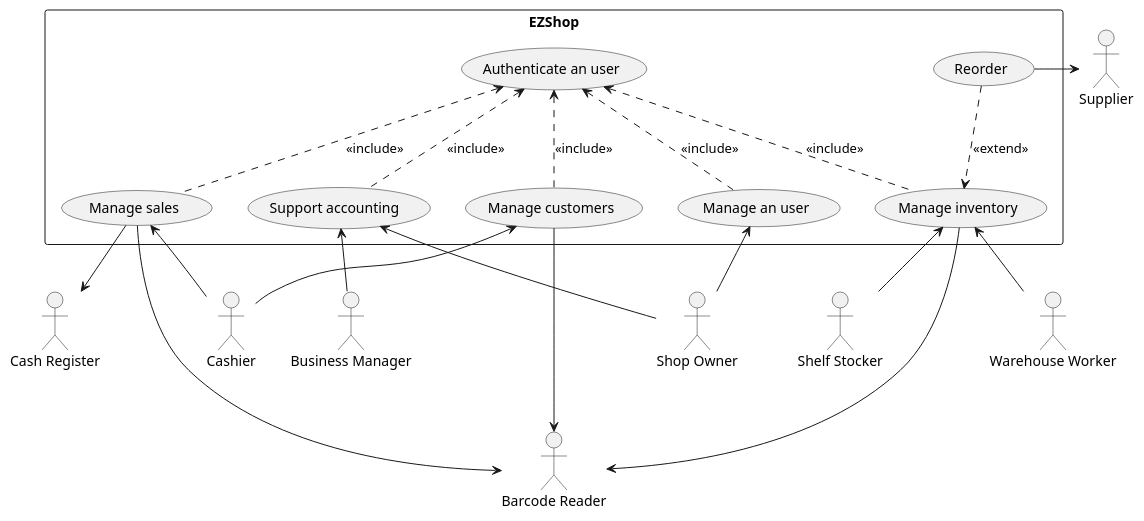
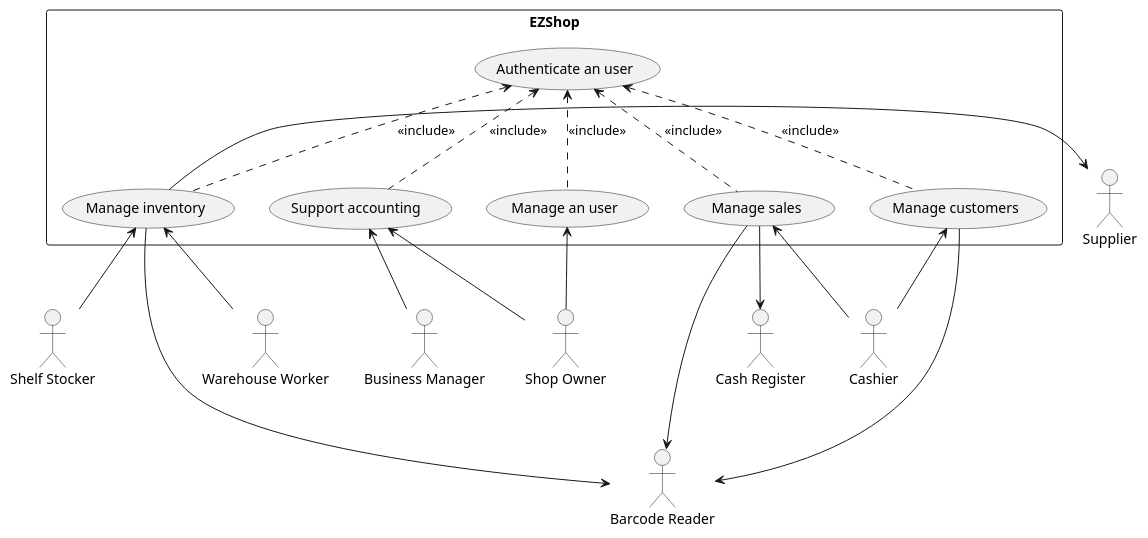
One commit to gioele-scaletta/EZShop-Software-Engineering-Project changed the second of 5 diagrams in Deliverables/RequirementsDocument.md. Above: the diagram before and after it, drawn with PlantUML. The commit also changed other lines of this file, not shown here.

````diff
--- a/Deliverables/RequirementsDocument.md
+++ b/Deliverables/RequirementsDocument.md
@@ -169,47 +170,45 @@
 ```plantuml
 actor "Shop Owner" as so
 actor "Cashier" as c
 actor "Warehouse Worker" as ww
 actor "Shelf Stocker" as ss
 actor "Barcode Reader" as br
 actor "Cash Register" as cr
 actor "Supplier" as s
 actor "Business Manager" as bm
  
 rectangle EZShop {
     usecase "Authenticate an user" as F1
     usecase "Manage an user" as F2
     usecase "Manage sales" as F3
     usecase "Manage inventory" as F4
-    usecase "Reorder" as F4.4
     usecase "Manage customers" as F5
     usecase "Support accounting " as F6
 }
  
 F1 <.. F2 : <<include>>
 F1 <.. F3 : <<include>>
 F1 <.. F4 : <<include>>
 F1 <.. F5 : <<include>>
 F1 <.. F6 : <<include>>
- 
-F4.4 ..> F4 : <<extend>>
+
  
 F2 <-- so
  
 F3 <-- c
 F3 --> cr
 F3 ---> br
  
 F4 ---> br
 F4 <-- ww
 F4 <-- ss
  
-F4.4 -> s
+F4 -> s
  
 F5 <-- c
 F5 ---> br
  
 F6 <-- bm
 F6 <-- so
 
 ```
````
